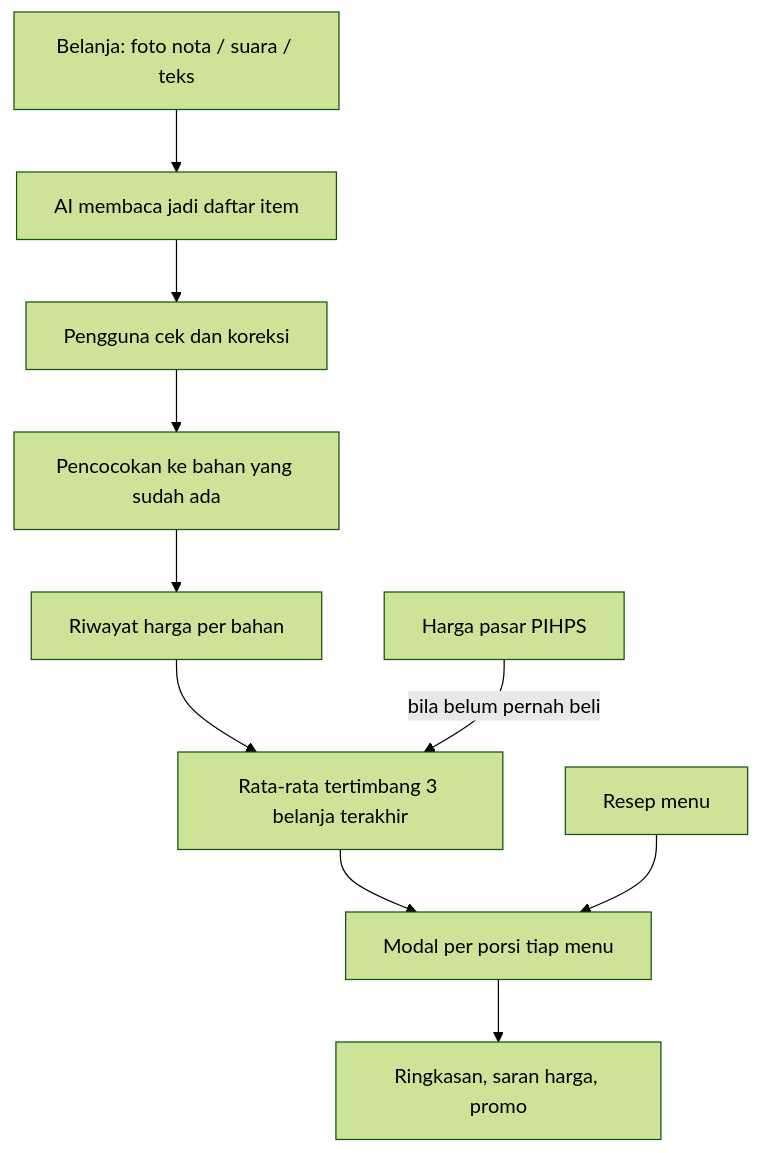
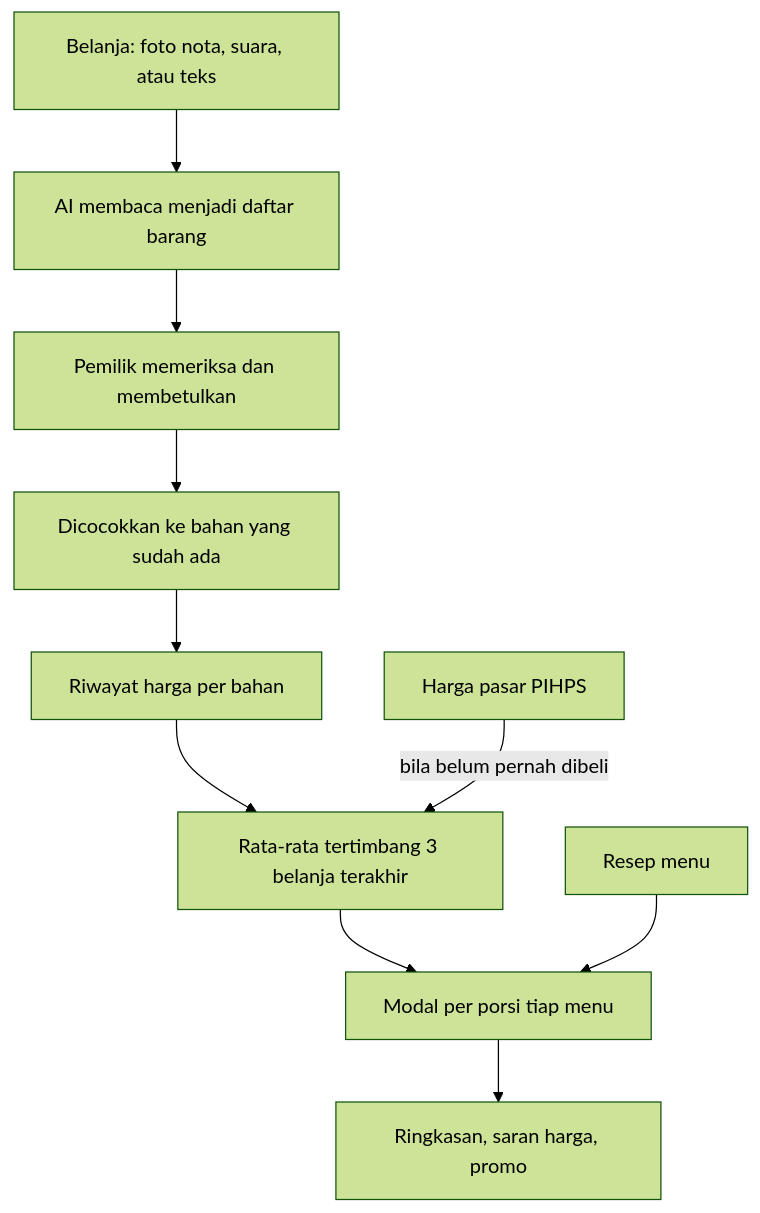
The second of 2 diagrams in README.md (Ramadeva1101/TAKARIN_AI), drawn with Mermaid (forest theme) before and after one commit. The commit also changed other lines of this file, not shown here.

Commit message:
docs: README ditulis ulang dengan data tim dan model AI terbaru

````diff
--- a/README.md
+++ b/README.md
@@ -84,12 +69,12 @@
 ```mermaid
 flowchart TD
-  A[Belanja: foto nota / suara / teks] --> B[AI membaca jadi daftar item]
-  B --> C[Pengguna cek dan koreksi]
-  C --> D[Pencocokan ke bahan yang sudah ada]
+  A[Belanja: foto nota, suara, atau teks] --> B[AI membaca menjadi daftar barang]
+  B --> C[Pemilik memeriksa dan membetulkan]
+  C --> D[Dicocokkan ke bahan yang sudah ada]
   D --> E[Riwayat harga per bahan]
   E --> F[Rata-rata tertimbang 3 belanja terakhir]
-  P[Harga pasar PIHPS] -->|bila belum pernah beli| F
+  P[Harga pasar PIHPS] -->|bila belum pernah dibeli| F
   F --> G[Modal per porsi tiap menu]
   R[Resep menu] --> G
   G --> H[Ringkasan, saran harga, promo]
 ```
````
